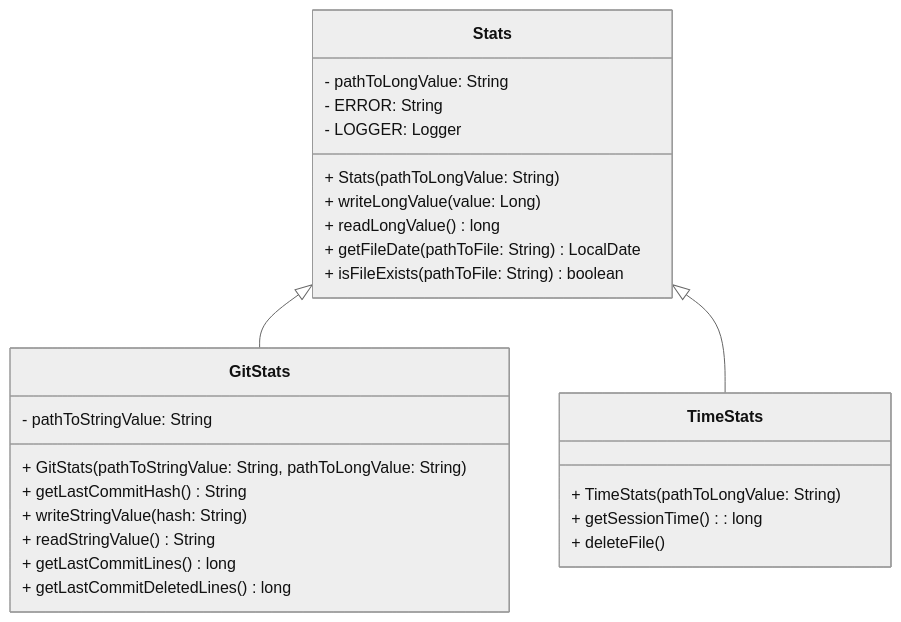
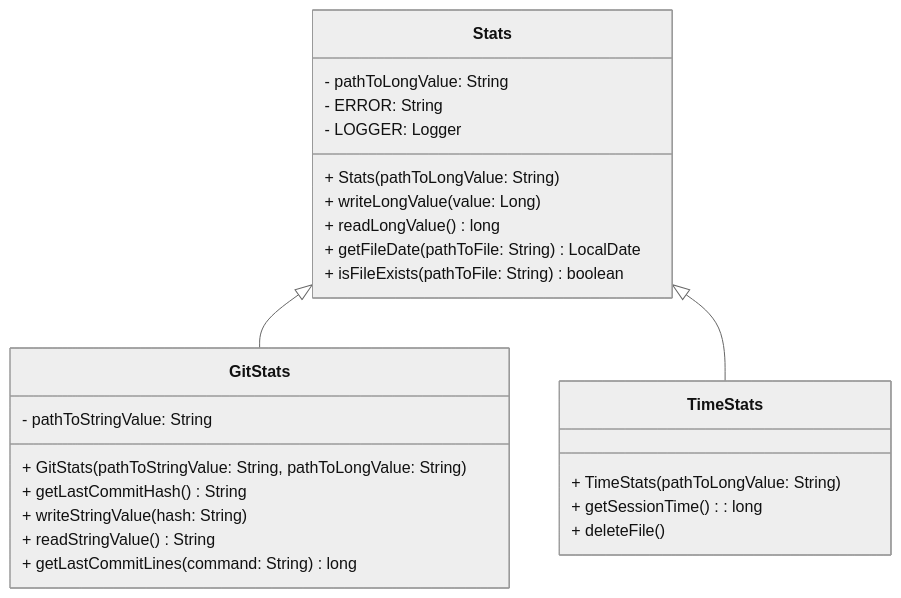
One commit to AlexandrAnatoliev/jvim-plugins changed the third of 4 diagrams in vimstat/README.md. Above: the diagram before and after it, drawn with Mermaid (neutral theme). The commit also changed other lines of this file, not shown here.

````diff
--- a/vimstat/README.md
+++ b/vimstat/README.md
@@ -379,33 +378,32 @@
 ```mermaid
 classDiagram
 
   class Stats {
     - pathToLongValue: String 
     - ERROR: String 
     - LOGGER: Logger
     + Stats(pathToLongValue: String)
     + writeLongValue(value: Long )
     + readLongValue() long 
     + getFileDate(pathToFile: String) LocalDate
     + isFileExists(pathToFile: String) boolean 
   }
 
   class GitStats {
     - pathToStringValue: String 
     + GitStats(pathToStringValue: String, pathToLongValue: String)
     + getLastCommitHash() String 
     + writeStringValue(hash: String) 
     + readStringValue() String
-    + getLastCommitLines() long
-    + getLastCommitDeletedLines() long
+    + getLastCommitLines(command: String) long
   }
 
   class TimeStats {
     + TimeStats(pathToLongValue: String)
     + getSessionTime(): long 
     + deleteFile() 
   }
 
   Stats <|-- GitStats
   Stats <|-- TimeStats
 ```
````
